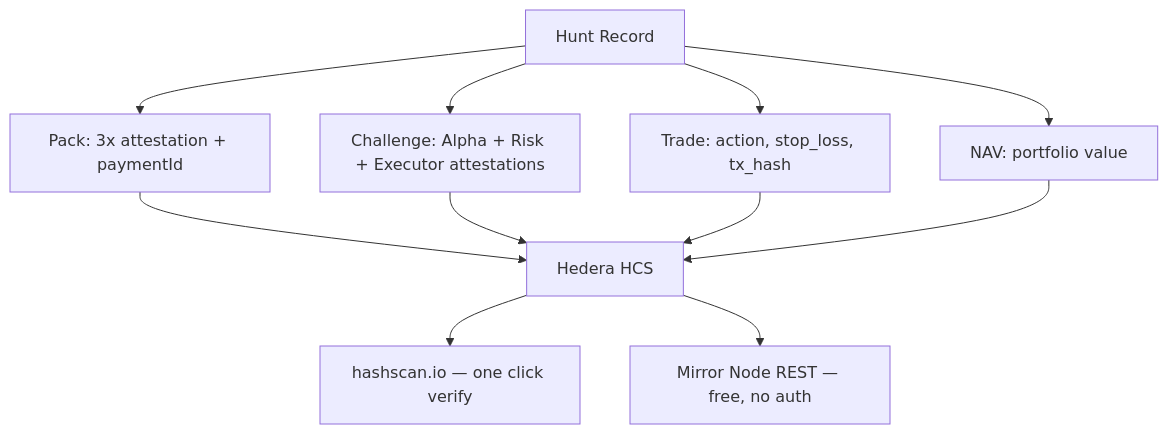
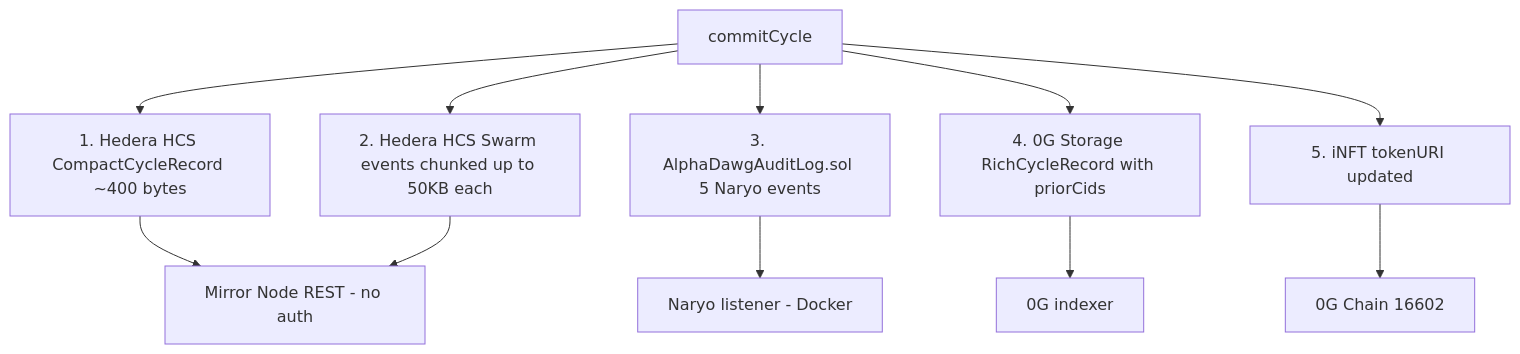
The eighth of 8 diagrams in README.md (elbarroca/ETH_Global_Cannes_2026), drawn with Mermaid before and after one commit. The commit also changed other lines of this file and 6 other files, not shown here.

````diff
--- a/README.md
+++ b/README.md
@@ -236,13 +296,13 @@
 ```mermaid
 graph TD
-    Hunt[Hunt Record] --> Specs[Pack: 3x attestation + paymentId]
-    Hunt --> Adv[Challenge: Alpha + Risk + Executor attestations]
-    Hunt --> Trade[Trade: action, stop_loss, tx_hash]
-    Hunt --> NAV[NAV: portfolio value]
-    Specs --> HCS[Hedera HCS]
-    Adv --> HCS
-    Trade --> HCS
-    NAV --> HCS
-    HCS --> Hashscan[hashscan.io — one click verify]
-    HCS --> Mirror[Mirror Node REST — free, no auth]
+    Hunt[commitCycle] --> H1[1. Hedera HCS CompactCycleRecord ~400 bytes]
+    Hunt --> H2[2. Hedera HCS Swarm events chunked up to 50KB each]
+    Hunt --> H3[3. AlphaDawgAuditLog.sol 5 Naryo events]
+    Hunt --> H4[4. 0G Storage RichCycleRecord with priorCids]
+    Hunt --> H5[5. iNFT tokenURI updated]
+    H1 --> Mirror[Mirror Node REST - no auth]
+    H2 --> Mirror
+    H3 --> Naryo[Naryo listener - Docker]
+    H4 --> OG[0G indexer]
+    H5 --> Chain[0G Chain 16602]
 ```
````
